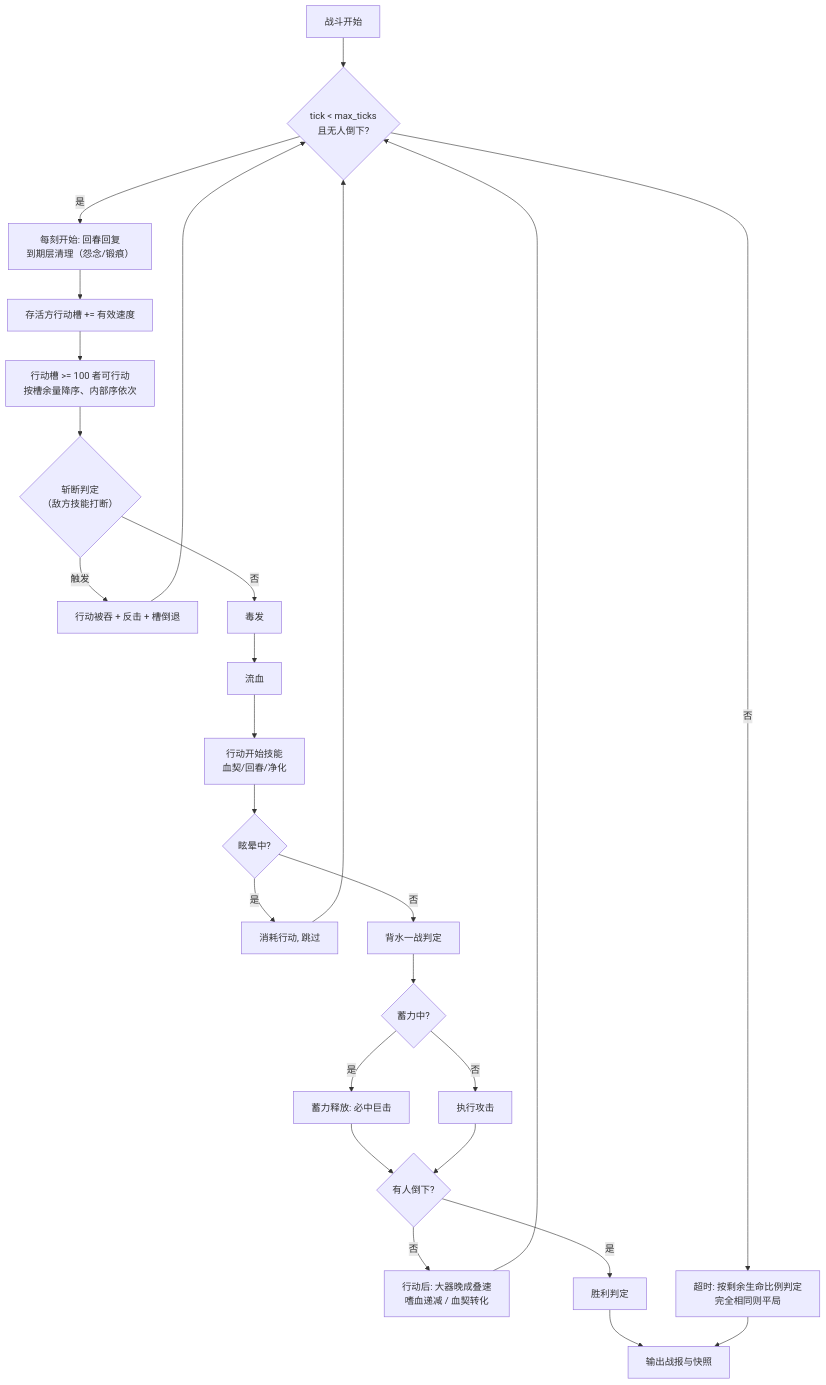
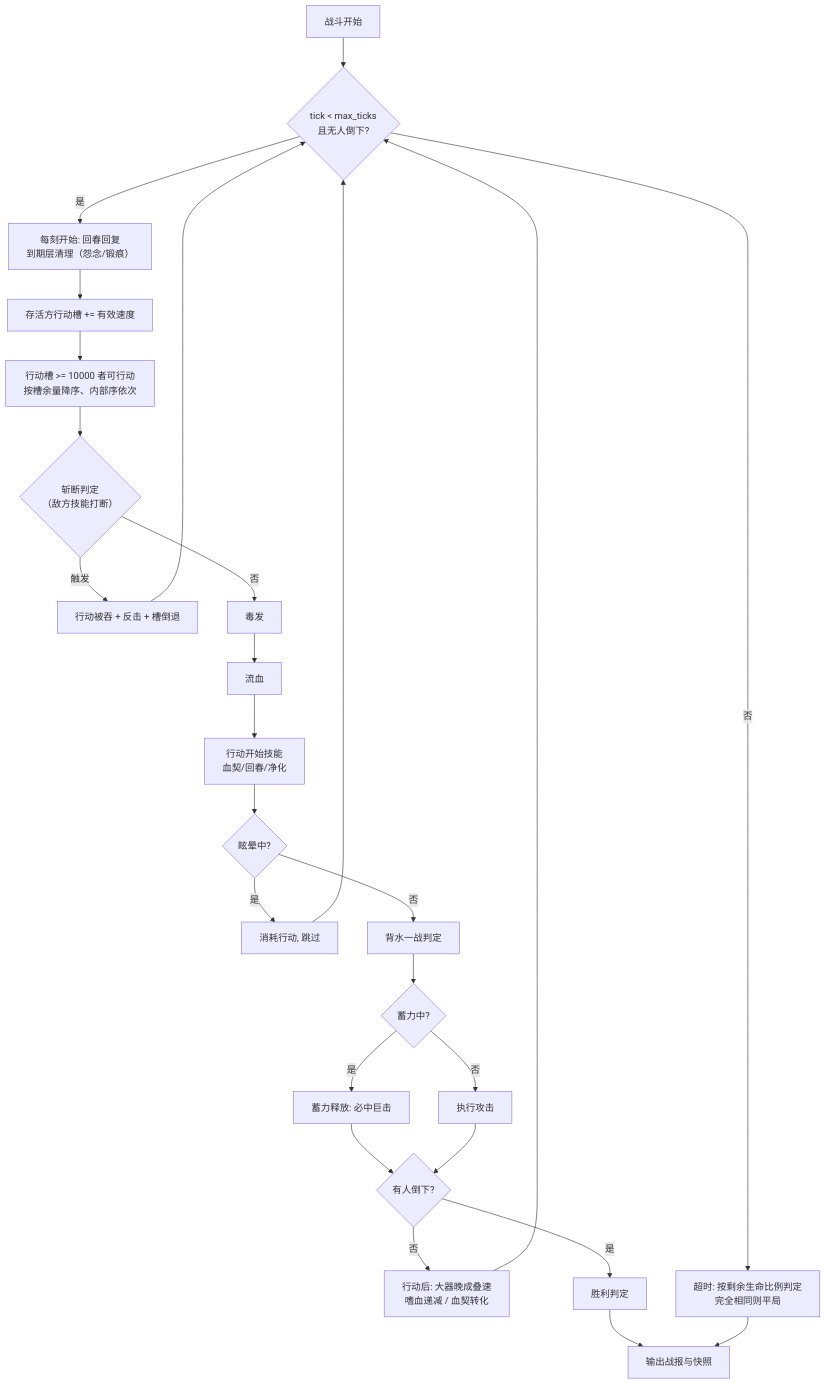
The second of 2 diagrams in docs/GAME_SPEC.md (icdyso/namefight_pro), drawn with Mermaid before and after one commit. The commit also changed other lines of this file and 35 other files, not shown here.

````diff
--- a/docs/GAME_SPEC.md
+++ b/docs/GAME_SPEC.md
@@ -270,19 +264,19 @@
 ```mermaid
 flowchart TD
     S[战斗开始] --> T{tick < max_ticks<br/>且无人倒下?}
     T -->|是| TK[每刻开始: 回春回复<br/>到期层清理（怨念/锻痕）] --> G[存活方行动槽 += 有效速度]
-    G --> R[行动槽 >= 100 者可行动<br/>按槽余量降序、内部序依次]
+    G --> R[行动槽 >= 10000 者可行动<br/>按槽余量降序、内部序依次]
     R --> A0{斩断判定<br/>（敌方技能打断）}
     A0 -->|触发| A0b[行动被吞 + 反击 + 槽倒退] --> T
     A0 -->|否| A1[毒发] --> A1b[流血] --> A2[行动开始技能<br/>血契/回春/净化] --> A3{眩晕中?}
     A3 -->|是| A4[消耗行动, 跳过] --> T
     A3 -->|否| A5[背水一战判定] --> A6{蓄力中?}
     A6 -->|是| A6b[蓄力释放: 必中巨击] --> Z
     A6 -->|否| A7[执行攻击]
     A7 --> Z{有人倒下?}
     Z -->|否| Y[行动后: 大器晚成叠速<br/>嗜血递减 / 血契转化] --> T
     Z -->|是| W[胜利判定]
     T -->|否| J[超时: 按剩余生命比例判定<br/>完全相同则平局]
     W --> V[输出战报与快照]
     J --> V
 ```
````
